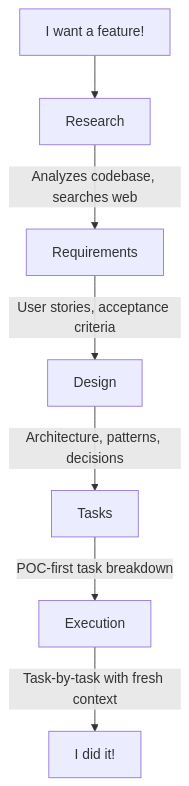
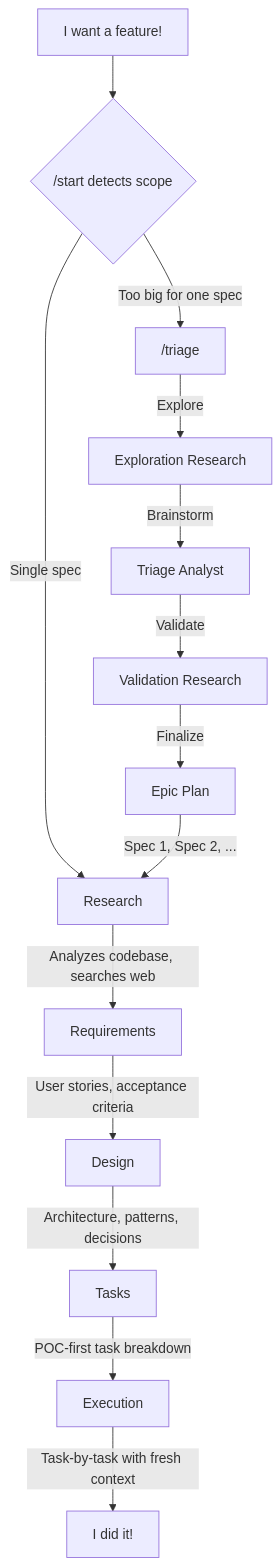
The first of 2 diagrams in README.md (tzachbon/smart-ralph), drawn with Mermaid before and after one commit. The commit also changed other lines of this file, not shown here.

Commit message:
docs: add triage/epic flow to README diagram and agents table
Update mermaid diagram to show /start scope detection branching
into single-spec or triage flow. Add triage-analyst to agents
table and /triage to commands table.

````diff
--- a/README.md
+++ b/README.md
@@ -109,9 +110,18 @@
 ```mermaid
 flowchart TD
-    A["I want a feature!"] --> B[Research]
-    B -->|Analyzes codebase, searches web| C[Requirements]
-    C -->|User stories, acceptance criteria| D[Design]
-    D -->|Architecture, patterns, decisions| E[Tasks]
-    E -->|POC-first task breakdown| F[Execution]
-    F -->|Task-by-task with fresh context| G["I did it!"]
+    A["I want a feature!"] --> B{"/start detects scope"}
+    B -->|Single spec| C[Research]
+    B -->|"Too big for one spec"| T["/triage"]
+
+    C -->|Analyzes codebase, searches web| D[Requirements]
+    D -->|User stories, acceptance criteria| E[Design]
+    E -->|Architecture, patterns, decisions| F[Tasks]
+    F -->|POC-first task breakdown| G[Execution]
+    G -->|Task-by-task with fresh context| H["I did it!"]
+
+    T -->|Explore| T1[Exploration Research]
+    T1 -->|Brainstorm| T2[Triage Analyst]
+    T2 -->|Validate| T3[Validation Research]
+    T3 -->|Finalize| T4["Epic Plan"]
+    T4 -->|"Spec 1, Spec 2, ..."| C
 ```
````
